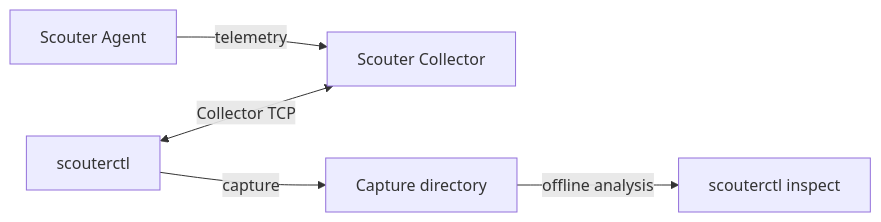
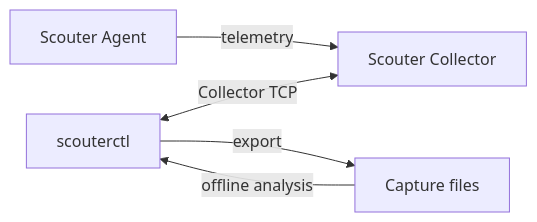
One commit to oxspan/scouterctl changed the diagram in README.md. Above: the diagram before and after it, drawn with Mermaid. The commit also changed other lines of this file and 23 other files, not shown here.

````diff
--- a/README.md
+++ b/README.md
@@ -19,7 +32,7 @@
 ```mermaid
 flowchart LR
     Agent[Scouter Agent] -->|telemetry| Collector[Scouter Collector]
     CLI[scouterctl] <-->|Collector TCP| Collector
-    CLI -->|capture| Files[Capture directory]
-    Files -->|offline analysis| Inspect[scouterctl inspect]
+    CLI -->|export| Capture[Capture files]
+    Capture -->|offline analysis| CLI
 ```
````
